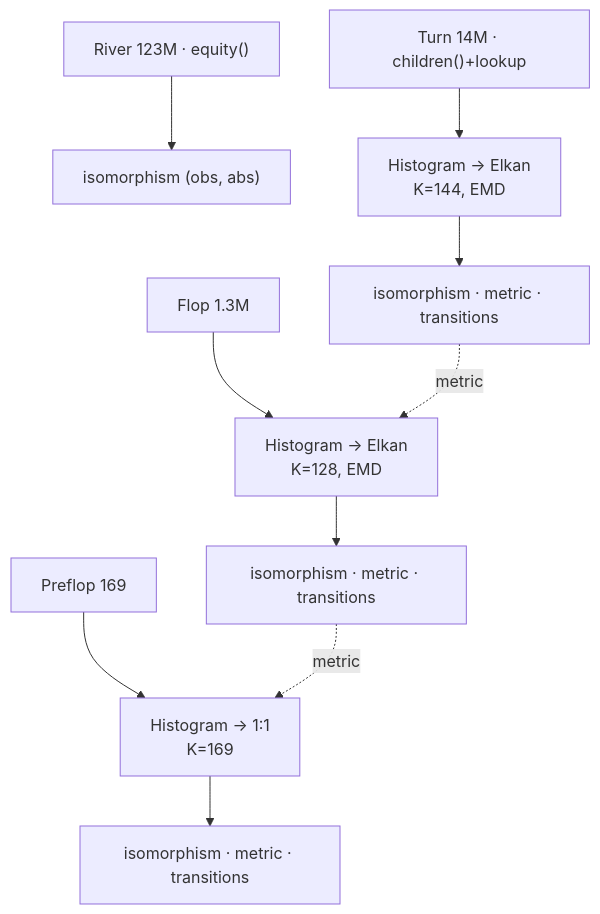
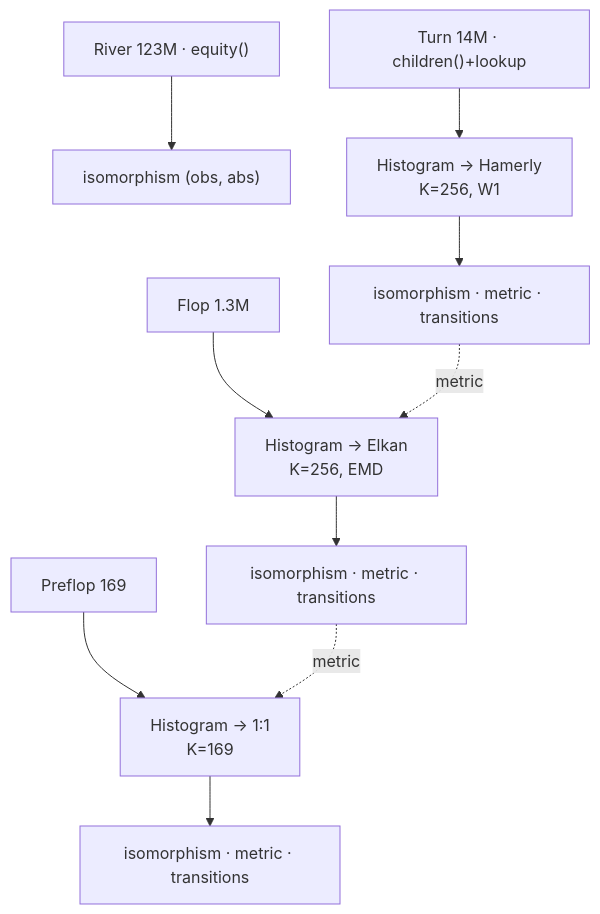
Before and after one commit to krukah/robopoker: the fifth of 9 diagrams in crates/forge/README.md, drawn with Mermaid. The commit also changed other lines of this file and 26 other files, not shown here.

````diff
--- a/crates/forge/README.md
+++ b/crates/forge/README.md
@@ -99,12 +105,12 @@
 ```mermaid
 flowchart TD
   R["River 123M · equity()"] --> ISOa["isomorphism (obs, abs)"]
-  T["Turn 14M · children()+lookup"] --> TH["Histogram → Elkan<br/>K=144, EMD"]
+  T["Turn 14M · children()+lookup"] --> TH["Histogram → Hamerly<br/>K=256, W1"]
   TH --> OUTt["isomorphism · metric · transitions"]
-  F["Flop 1.3M"] --> FH["Histogram → Elkan<br/>K=128, EMD"]
+  F["Flop 1.3M"] --> FH["Histogram → Elkan<br/>K=256, EMD"]
   FH --> OUTf["isomorphism · metric · transitions"]
   P["Preflop 169"] --> PH["Histogram → 1:1<br/>K=169"]
   PH --> OUTp["isomorphism · metric · transitions"]
   OUTt -.->|metric| FH
   OUTf -.->|metric| PH
 ```
````
